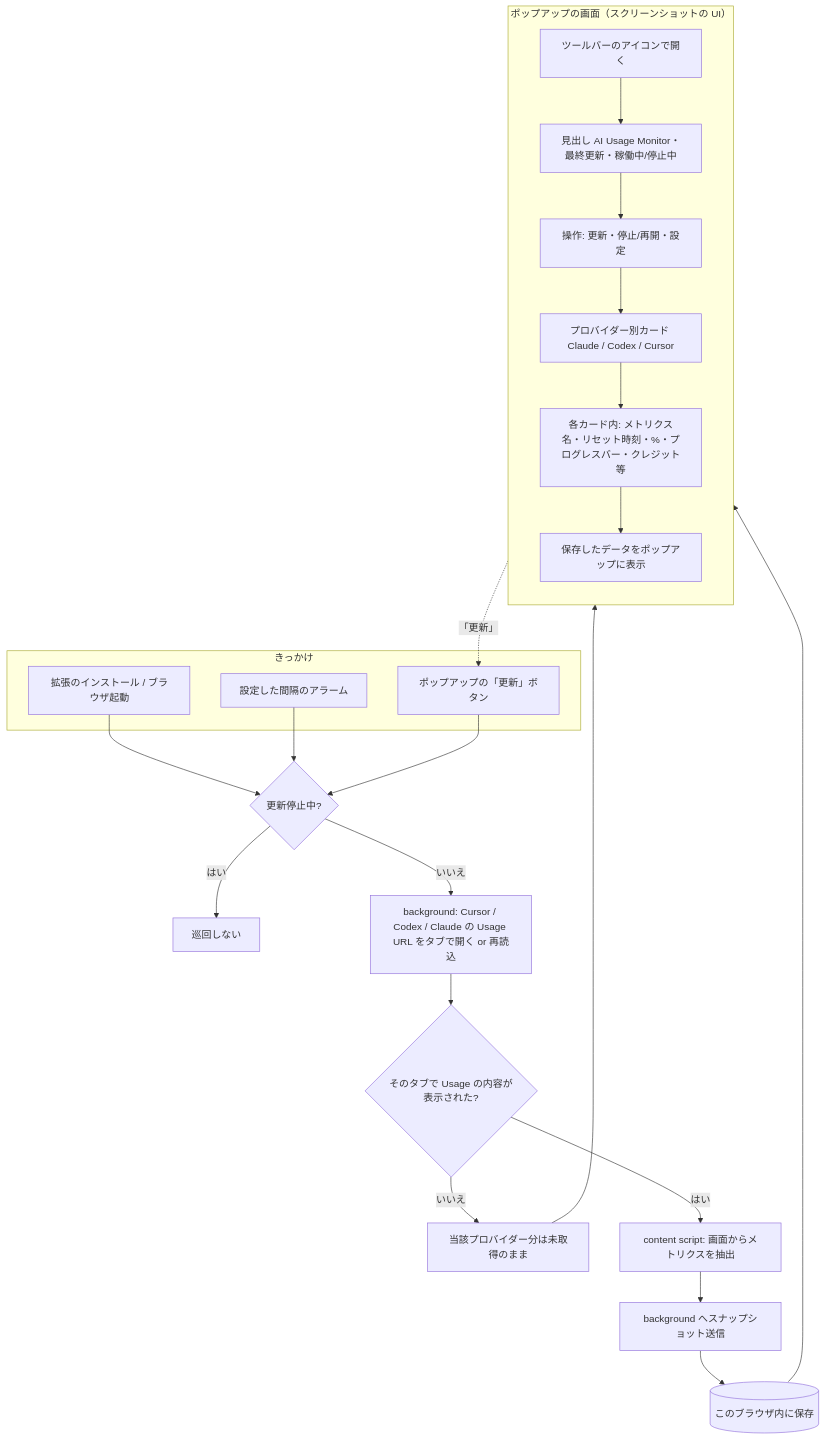
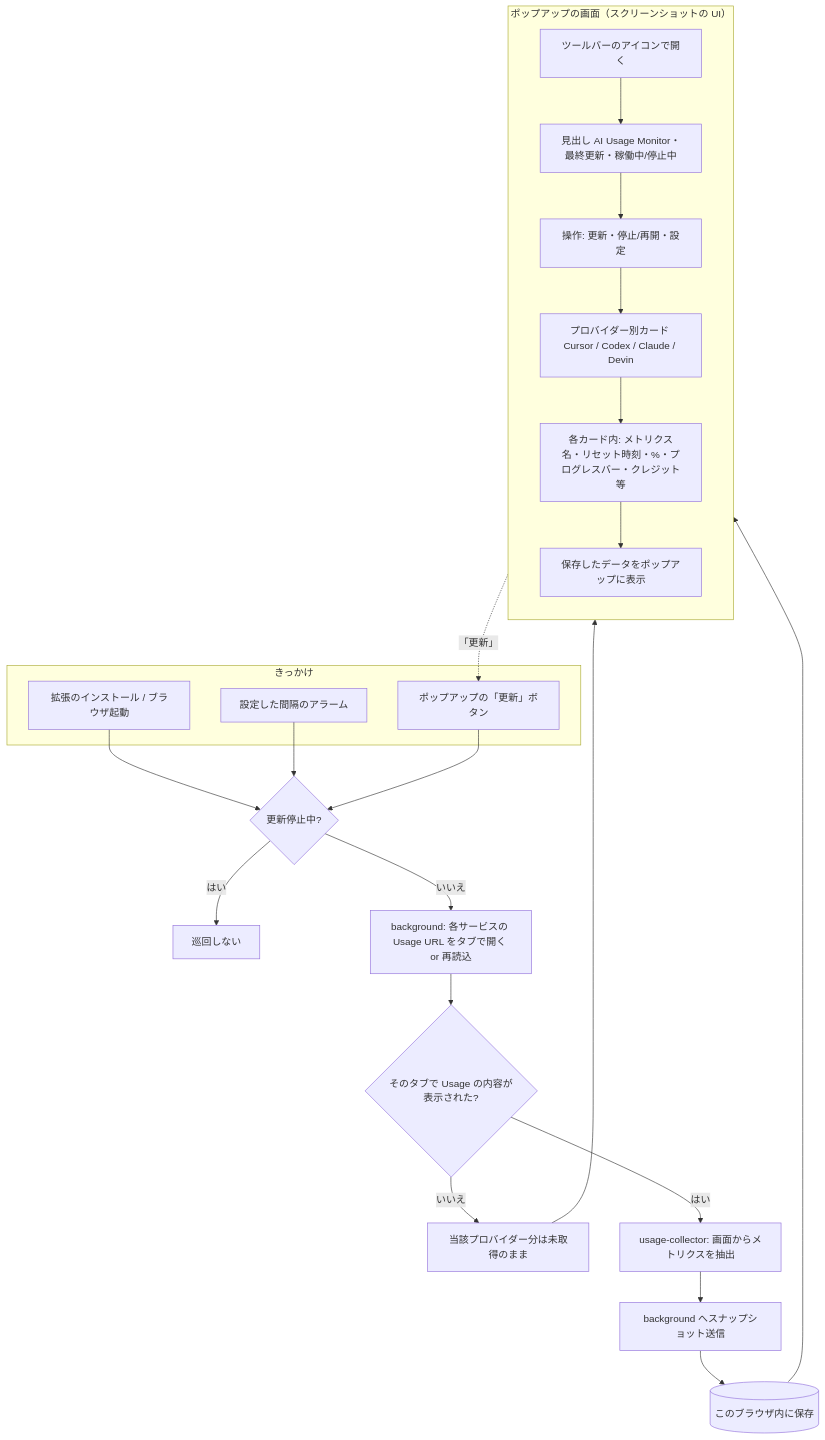
One commit to sinoda1114/AI-Usage-Monitor changed the diagram in README.md. Above: the diagram before and after it, drawn with Mermaid. The commit also changed other lines of this file and 4 other files, not shown here.

````diff
--- a/README.md
+++ b/README.md
@@ -58,37 +62,37 @@
 ```mermaid
 flowchart TD
   subgraph trigger["きっかけ"]
     A1[拡張のインストール / ブラウザ起動]
     A2[設定した間隔のアラーム]
     A3[ポップアップの「更新」ボタン]
   end
 
   A1 --> B
   A2 --> B
   A3 --> B
 
   B{更新停止中?}
   B -->|はい| Z[巡回しない]
-  B -->|いいえ| C[background: Cursor / Codex / Claude の Usage URL をタブで開く or 再読込]
+  B -->|いいえ| C[background: 各サービスの Usage URL をタブで開く or 再読込]
 
   C --> D{そのタブで Usage の内容が表示された?}
   D -->|いいえ| E[当該プロバイダー分は未取得のまま]
-  D -->|はい| F[content script: 画面からメトリクスを抽出]
+  D -->|はい| F[usage-collector: 画面からメトリクスを抽出]
 
   F --> G[background へスナップショット送信]
   G --> H[(このブラウザ内に保存)]
 
   subgraph popup["ポップアップの画面（スクリーンショットの UI）"]
     direction TB
     P0[ツールバーのアイコンで開く]
     P0 --> P1[見出し AI Usage Monitor・最終更新・稼働中/停止中]
     P1 --> P2[操作: 更新・停止/再開・設定]
-    P2 --> P3[プロバイダー別カード Claude / Codex / Cursor]
+    P2 --> P3[プロバイダー別カード Cursor / Codex / Claude / Devin]
     P3 --> P4[各カード内: メトリクス名・リセット時刻・%・プログレスバー・クレジット等]
     P4 --> P5[保存したデータをポップアップに表示]
   end
 
   H --> P5
   E --> P5
   P2 -.->|「更新」| A3
 ```
````
